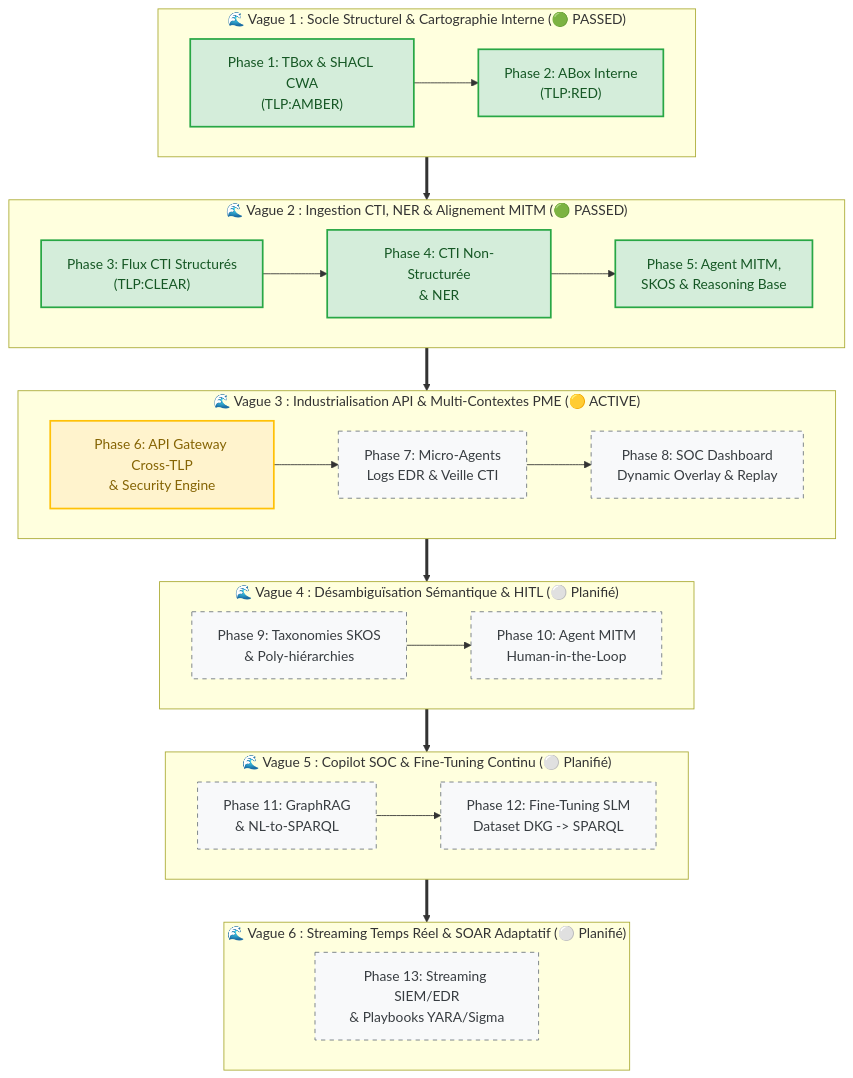
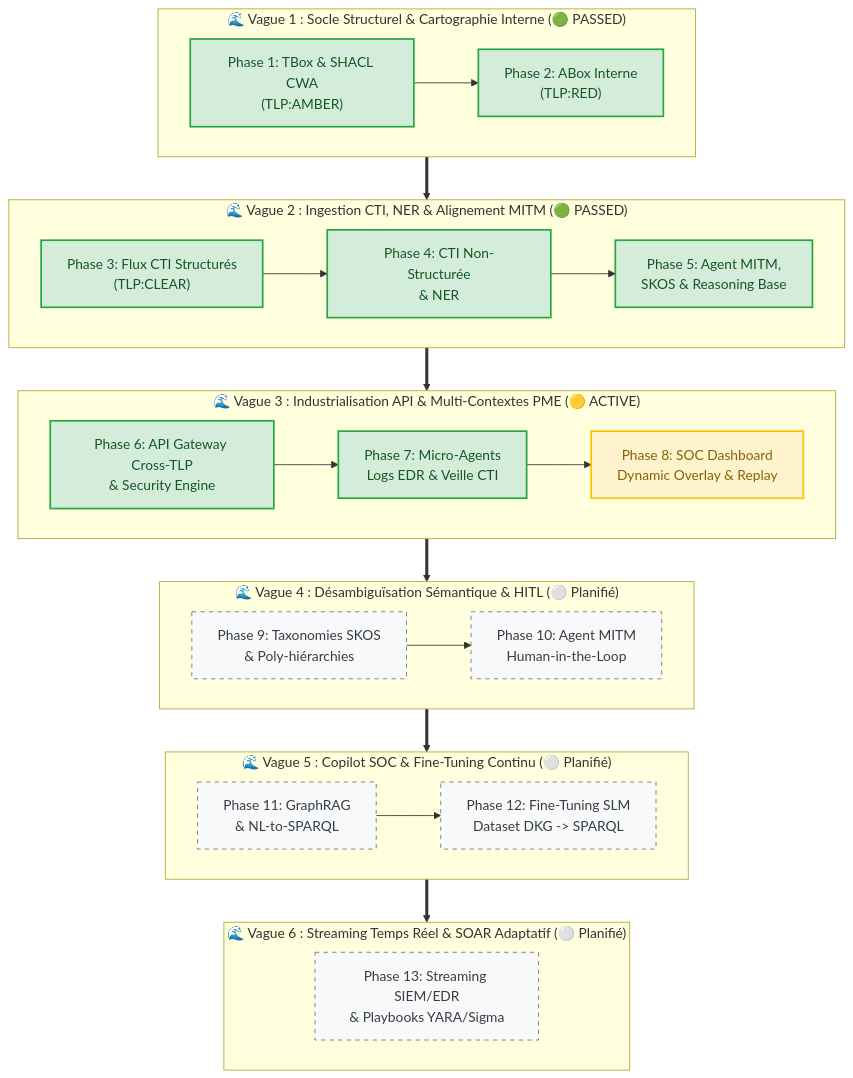
One commit to AlbanLher/Dkg-cybersec changed the diagram in 00-Projet/Roadmap_Suivi-Avancement.md. Above: the diagram before and after it, drawn with Mermaid. The commit also changed other lines of this file and 44 other files, not shown here.

````diff
--- a/00-Projet/Roadmap_Suivi-Avancement.md
+++ b/00-Projet/Roadmap_Suivi-Avancement.md
@@ -43,49 +43,49 @@
 ```mermaid
 graph TB
     %% Styles de statut
     classDef passed fill:#d4edda,stroke:#28a745,stroke-width:2px,color:#155724;
     classDef active fill:#fff3cd,stroke:#ffc107,stroke-width:2px,color:#856404;
     classDef planned fill:#f8f9fa,stroke:#6c757d,stroke-width:1px,stroke-dasharray: 5 5,color:#383d41;
 
     subgraph V1 ["🌊 Vague 1 : Socle Structurel & Cartographie Interne (🟢 PASSED)"]
         direction LR
         P1["Phase 1: TBox & SHACL CWA<br/>(TLP:AMBER)"] --> P2["Phase 2: ABox Interne<br/>(TLP:RED)"]
     end
 
     subgraph V2 ["🌊 Vague 2 : Ingestion CTI, NER & Alignement MITM (🟢 PASSED)"]
         direction LR
         P3["Phase 3: Flux CTI Structurés<br/>(TLP:CLEAR)"] --> P4["Phase 4: CTI Non-Structurée<br/>& NER"] --> P5["Phase 5: Agent MITM,<br/>SKOS & Reasoning Base"]
     end
 
     subgraph V3 ["🌊 Vague 3 : Industrialisation API & Multi-Contextes PME (🟡 ACTIVE)"]
         direction LR
         P6["Phase 6: API Gateway Cross-TLP<br/>& Security Engine"] --> P7["Phase 7: Micro-Agents<br/>Logs EDR & Veille CTI"] --> P8["Phase 8: SOC Dashboard<br/>Dynamic Overlay & Replay"]
     end
 
     subgraph V4 ["🌊 Vague 4 : Désambiguïsation Sémantique & HITL (⚪ Planifié)"]
         direction LR
         P9["Phase 9: Taxonomies SKOS<br/>& Poly-hiérarchies"] --> P10["Phase 10: Agent MITM<br/>Human-in-the-Loop"]
     end
 
     subgraph V5 ["🌊 Vague 5 : Copilot SOC & Fine-Tuning Continu (⚪ Planifié)"]
         direction LR
         P11["Phase 11: GraphRAG<br/>& NL-to-SPARQL"] --> P12["Phase 12: Fine-Tuning SLM<br/>Dataset DKG -> SPARQL"]
     end
 
     subgraph V6 ["🌊 Vague 6 : Streaming Temps Réel & SOAR Adaptatif (⚪ Planifié)"]
         direction LR
         P13["Phase 13: Streaming SIEM/EDR<br/>& Playbooks YARA/Sigma"]
     end
 
     %% Chaînage des Vagues
     V1 ==> V2
     V2 ==> V3
     V3 ==> V4
     V4 ==> V5
     V5 ==> V6
 
     %% Application des classes
-    class P1,P2,P3,P4,P5 passed;
-    class P6 active;
-    class P7,P8,P9,P10,P11,P12,P13 planned;
+    class P1,P2,P3,P4,P5,P6,P7 passed;
+    class P8 active;
+    class P9,P10,P11,P12,P13 planned;
 ```
````
